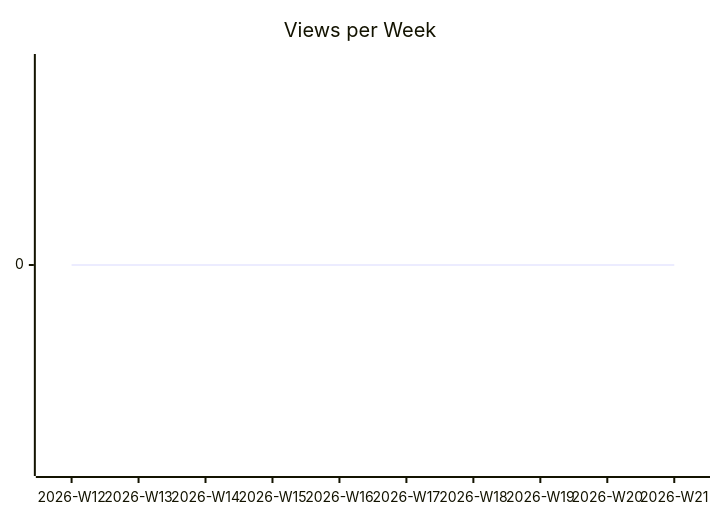
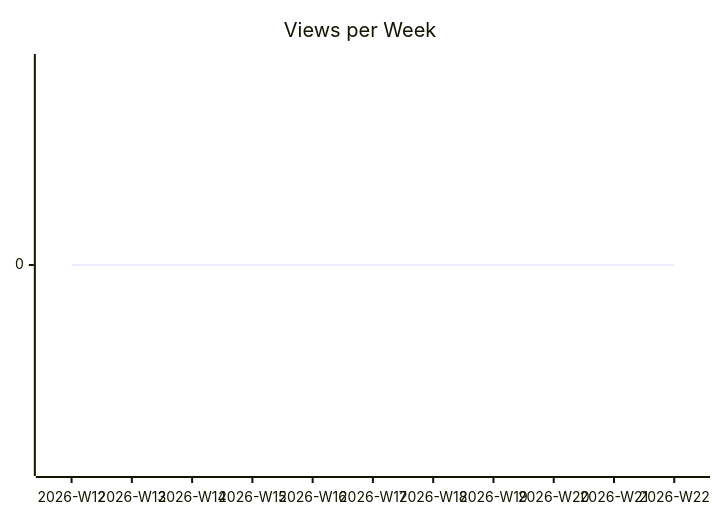
One commit to justdavis-family/github-analytics-data changed the second of 3 diagrams in karlmdavis/ansible/README.md. Above: the diagram before and after it, drawn with Mermaid. The commit also changed other lines of this file and 190 other files, not shown here.

````diff
--- a/karlmdavis/ansible/README.md
+++ b/karlmdavis/ansible/README.md
@@ -12,6 +12,6 @@
 ```mermaid
 xychart-beta
   title "Views per Week"
-  x-axis ["2026-W12", "2026-W13", "2026-W14", "2026-W15", "2026-W16", "2026-W17", "2026-W18", "2026-W19", "2026-W20", "2026-W21"]
-  line [0, 0, 0, 0, 0, 0, 0, 0, 0, 0]
+  x-axis ["2026-W12", "2026-W13", "2026-W14", "2026-W15", "2026-W16", "2026-W17", "2026-W18", "2026-W19", "2026-W20", "2026-W21", "2026-W22"]
+  line [0, 0, 0, 0, 0, 0, 0, 0, 0, 0, 0]
 ```
````
